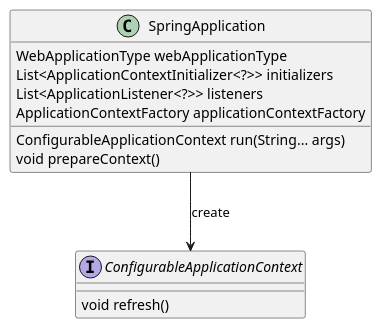
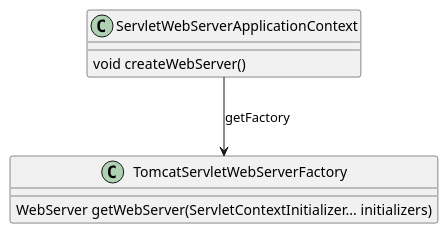
Before and after one commit to kevinwang930/mylearn: the second of 4 diagrams in spring/springboot.md, drawn with PlantUML. The commit also changed other lines of this file and 3 other files, not shown here.

````diff
--- a/spring/springboot.md
+++ b/spring/springboot.md
@@ -6,17 +87,19 @@
 ```plantuml
-class SpringApplication {
-    WebApplicationType webApplicationType
-    List<ApplicationContextInitializer<?>> initializers
-    List<ApplicationListener<?>> listeners
-    ApplicationContextFactory applicationContextFactory
-    ConfigurableApplicationContext run(String... args)
-    void prepareContext()
+
+class ServletWebServerApplicationContext {
+    void createWebServer()
 }
 
-interface ConfigurableApplicationContext {
-    void refresh()
+
+
+
+class TomcatServletWebServerFactory {
+WebServer getWebServer(ServletContextInitializer... initializers)
 }
 
-SpringApplication --> ConfigurableApplicationContext:create
+ServletWebServerApplicationContext --> TomcatServletWebServerFactory: getFactory
+
+
+
 
 ```
````
